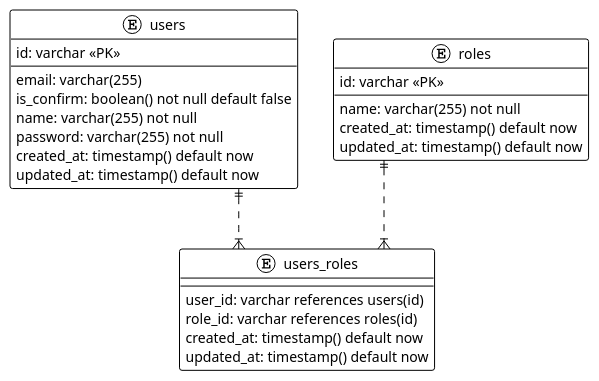
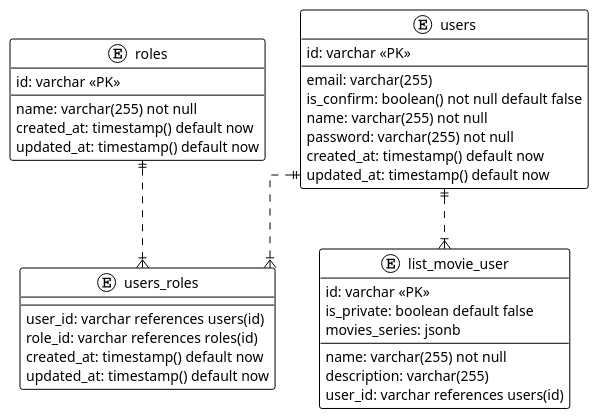
The diagram in docs/database/database-tables.plantuml (fredsonchaves07/movie-catch-api), drawn with PlantUML before and after one commit.

Commit message:
doc/list movie user database

```diff
--- a/docs/database/database-tables.plantuml
+++ b/docs/database/database-tables.plantuml
@@ -1,34 +1,44 @@
 @startuml
 
 !theme plain
 top to bottom direction
 skinparam linetype ortho
 
 entity users {
    id: varchar <<PK>>
    email: varchar(255)
    is_confirm: boolean() not null default false
    name: varchar(255) not null
    password: varchar(255) not null
    created_at: timestamp() default now
    updated_at: timestamp() default now
 }
 
 entity roles {
    id: varchar <<PK>>
    name: varchar(255) not null
    created_at: timestamp() default now
    updated_at: timestamp() default now
 }
 
 entity users_roles {
    user_id: varchar references users(id)
    role_id: varchar references roles(id)
    created_at: timestamp() default now
    updated_at: timestamp() default now
 }
 
+entity list_movie_user {
+    id: varchar <<PK>>
+    name: varchar(255) not null
+    description: varchar(255)
+    is_private: boolean default false
+    movies_series: jsonb
+    user_id: varchar references users(id)
+}
+
 users ||..|{users_roles
 roles ||..|{users_roles
+users ||..|{list_movie_user
 
 @enduml
```
